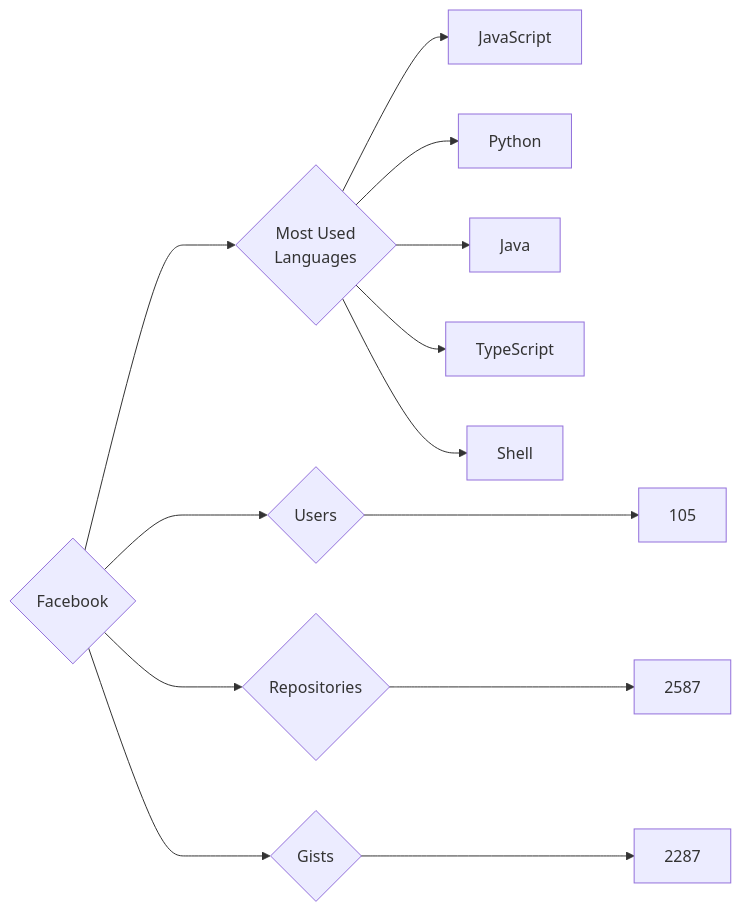
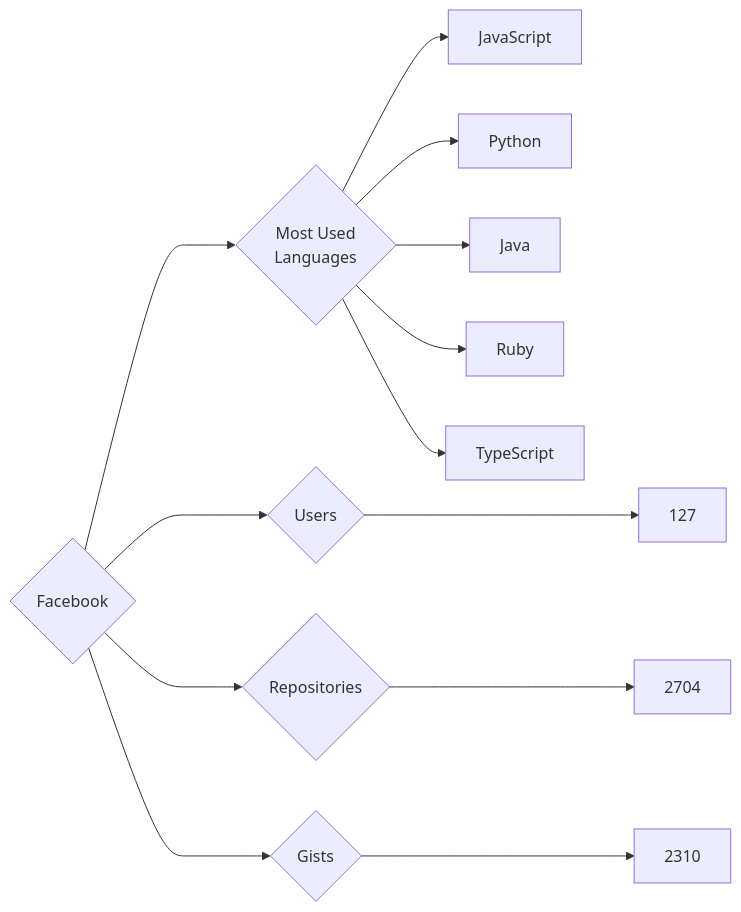
The diagram in targets/Facebook/README.md (trickest/insiders), drawn with Mermaid before and after one commit. The commit also changed 699 other files, not shown here.

````diff
--- a/targets/Facebook/README.md
+++ b/targets/Facebook/README.md
@@ -3,13 +3,13 @@
 ```mermaid
 graph LR
 COMPANY_NAME{Facebook}
-COMPANY_NAME ---> U{Users} ---> UN[105]
-COMPANY_NAME ---> R{Repositories} ---> RN[2587]
-COMPANY_NAME ---> G{Gists} ---> GN[2287]
+COMPANY_NAME ---> U{Users} ---> UN[127]
+COMPANY_NAME ---> R{Repositories} ---> RN[2704]
+COMPANY_NAME ---> G{Gists} ---> GN[2310]
 COMPANY_NAME ---> ML{Most Used<br>Languages}
 ML --> JavaScript[JavaScript]
 ML --> Python[Python]
 ML --> Java[Java]
+ML --> Ruby[Ruby]
 ML --> TypeScript[TypeScript]
-ML --> Shell[Shell]
 ```
````
